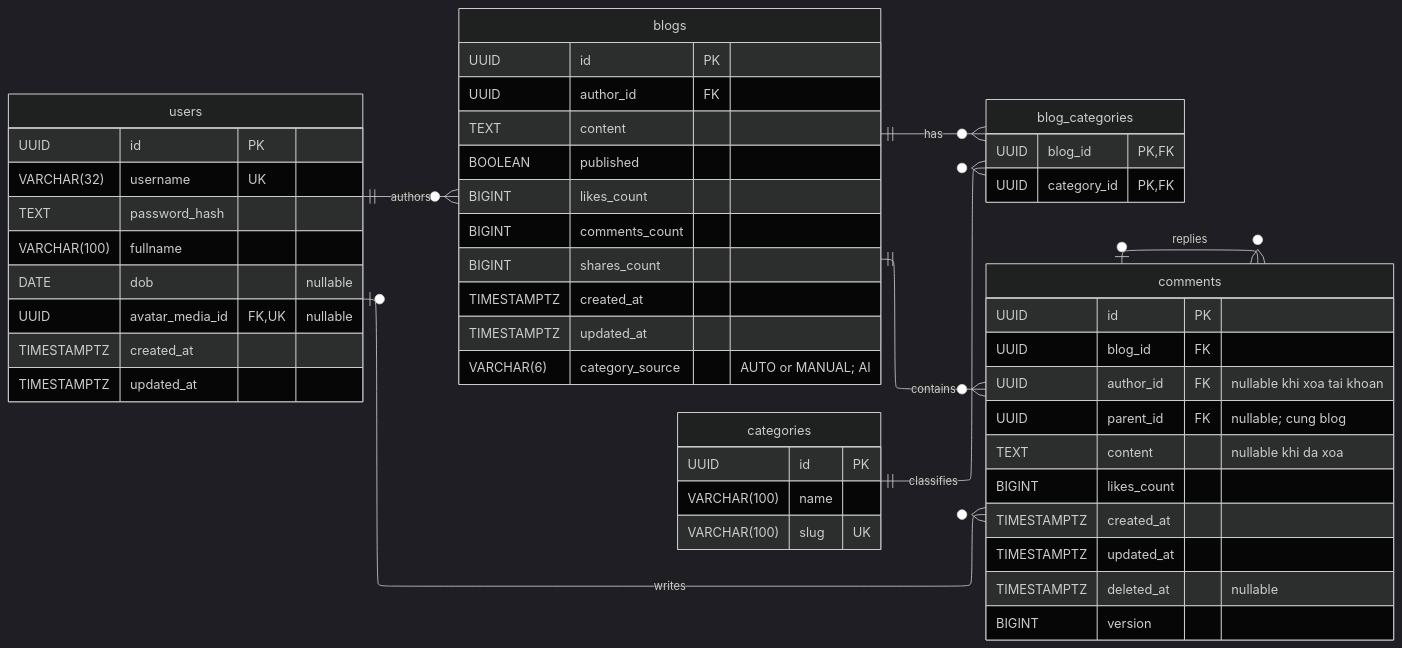
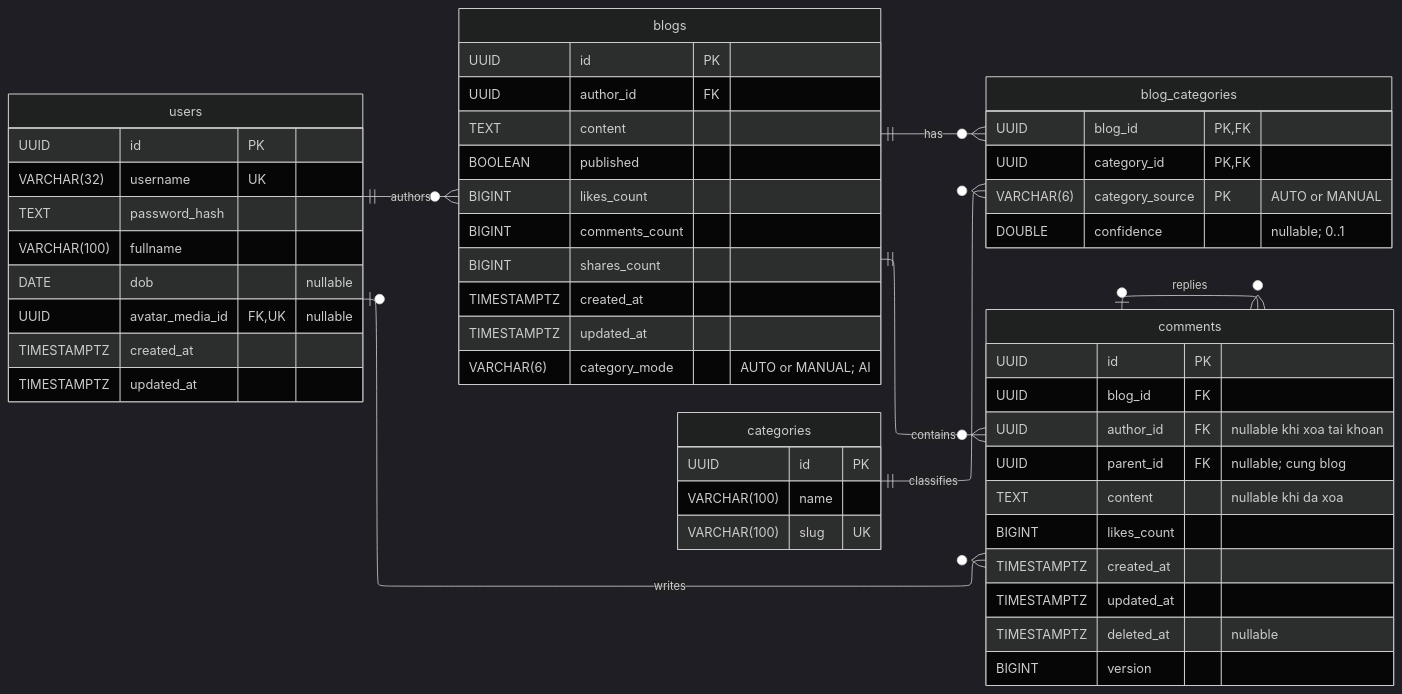
The second of 4 diagrams in docs/spec/03-postgresql.md (Ngocanhjr/SoulSpace), drawn with Mermaid (dark theme) before and after one commit. The commit also changed other lines of this file and 19 other files, not shown here.

Commit message:
feat: add categories and blog_categories tables with confidence and category_mode fields; create public blog feed view

````diff
--- a/docs/spec/03-postgresql.md
+++ b/docs/spec/03-postgresql.md
@@ -204,62 +223,64 @@
 ```mermaid
 ---
 config:
   layout: elk
 ---
 erDiagram
     direction LR
     blogs ||--o{ blog_categories : has
     categories ||--o{ blog_categories : classifies
     users ||--o{ blogs : authors
     users o|--o{ comments : writes
     blogs ||--o{ comments : contains
     comments o|--o{ comments : replies
 
     users {
         UUID id PK
         VARCHAR(32) username UK
         TEXT password_hash
         VARCHAR(100) fullname
         DATE dob "nullable"
         UUID avatar_media_id FK, UK "nullable"
         TIMESTAMPTZ created_at
         TIMESTAMPTZ updated_at
     }
 
     blog_categories {
         UUID blog_id PK, FK
         UUID category_id PK, FK
+        VARCHAR(6) category_source PK "AUTO or MANUAL"
+        DOUBLE confidence "nullable; 0..1"
     }
 
     categories {
         UUID id PK
         VARCHAR(100) name
         VARCHAR(100) slug UK
     }
 
     blogs {
         UUID id PK
         UUID author_id FK
         TEXT content
         BOOLEAN published
         BIGINT likes_count
         BIGINT comments_count
         BIGINT shares_count
         TIMESTAMPTZ created_at
         TIMESTAMPTZ updated_at
-        VARCHAR(6) category_source "AUTO or MANUAL; AI"
+        VARCHAR(6) category_mode "AUTO or MANUAL; AI"
     }
 
     comments {
         UUID id PK
         UUID blog_id FK
         UUID author_id FK "nullable khi xoa tai khoan"
         UUID parent_id FK "nullable; cung blog"
         TEXT content "nullable khi da xoa"
         BIGINT likes_count
         TIMESTAMPTZ created_at
         TIMESTAMPTZ updated_at
         TIMESTAMPTZ deleted_at "nullable"
         BIGINT version
     }
 ```
````
